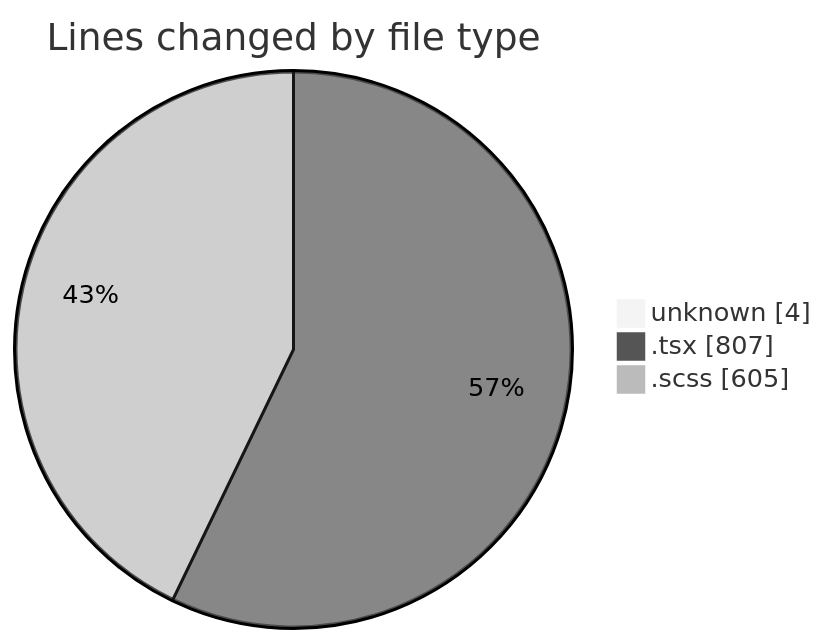
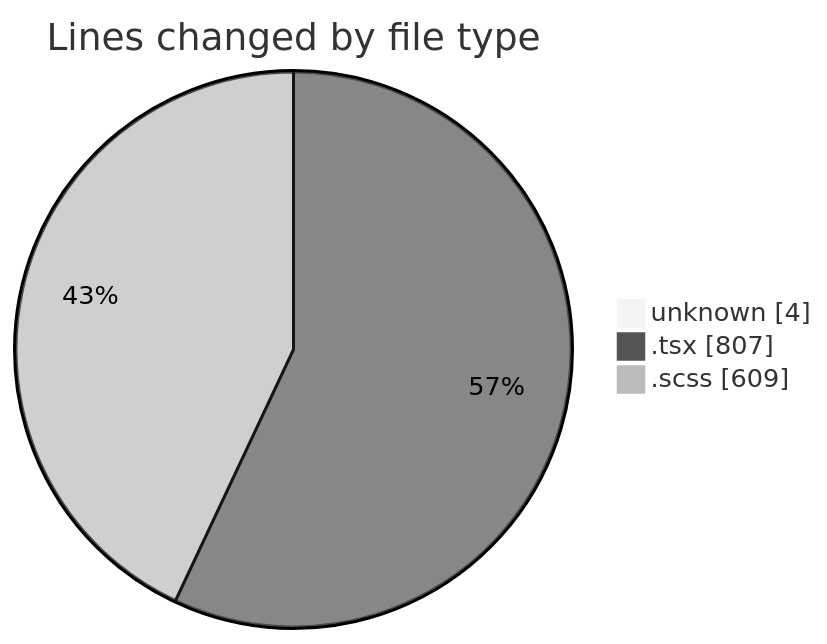
The first of 2 diagrams in 2025-02-14/cda/README.md (momahboobian/code-tracking), drawn with Mermaid (neutral theme) before and after one commit. The commit also changed other lines of this file and 1 other file, not shown here.

````diff
--- a/2025-02-14/cda/README.md
+++ b/2025-02-14/cda/README.md
@@ -27,7 +27,7 @@
 ```mermaid
 pie showData
 title Lines changed by file type
 "unknown" : 4
 ".tsx" : 807
-".scss" : 605
+".scss" : 609
 ```
````
